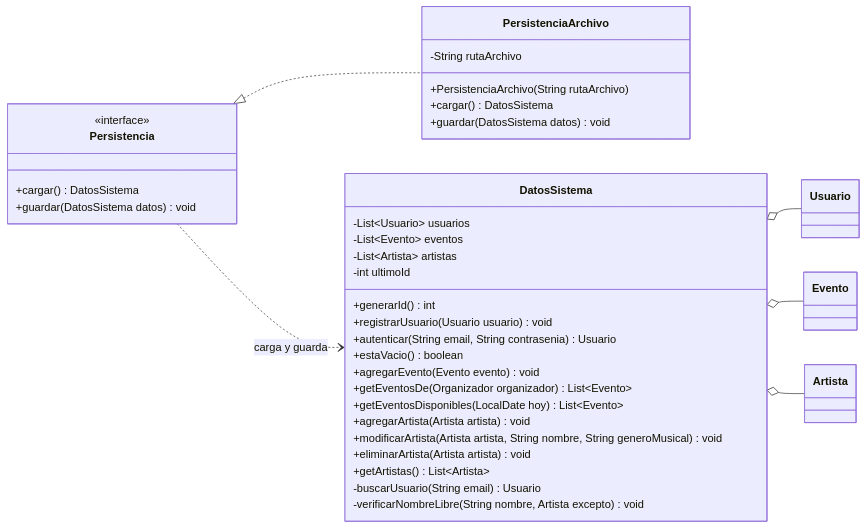
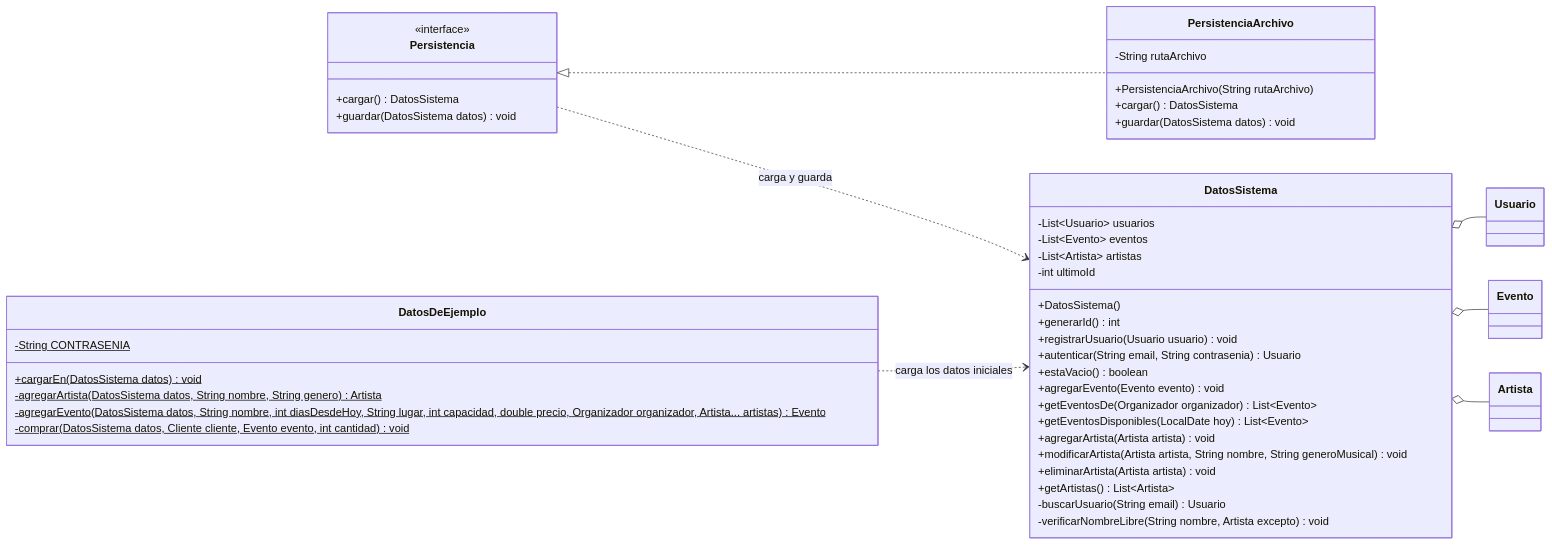
Before and after one commit to AgustinSimonenco/gestion-eventos-musicales: the third of 4 diagrams in docs/diseno/p6-diagrama-de-clases-modelo.md, drawn with Mermaid. The commit also changed other lines of this file and 11 other files, not shown here.

First line of the commit message:
Diagramas: cruce completo con el codigo y correcciones

````diff
--- a/docs/diseno/p6-diagrama-de-clases-modelo.md
+++ b/docs/diseno/p6-diagrama-de-clases-modelo.md
@@ -344,43 +349,53 @@
 ```mermaid
 classDiagram
     direction LR
 
     class Persistencia {
         <<interface>>
         +cargar() DatosSistema
         +guardar(DatosSistema datos) void
     }
 
     class PersistenciaArchivo {
         -String rutaArchivo
         +PersistenciaArchivo(String rutaArchivo)
         +cargar() DatosSistema
         +guardar(DatosSistema datos) void
     }
 
     class DatosSistema {
         -List~Usuario~ usuarios
         -List~Evento~ eventos
         -List~Artista~ artistas
         -int ultimoId
+        +DatosSistema()
         +generarId() int
         +registrarUsuario(Usuario usuario) void
         +autenticar(String email, String contrasenia) Usuario
         +estaVacio() boolean
         +agregarEvento(Evento evento) void
         +getEventosDe(Organizador organizador) List~Evento~
         +getEventosDisponibles(LocalDate hoy) List~Evento~
         +agregarArtista(Artista artista) void
         +modificarArtista(Artista artista, String nombre, String generoMusical) void
         +eliminarArtista(Artista artista) void
         +getArtistas() List~Artista~
         -buscarUsuario(String email) Usuario
         -verificarNombreLibre(String nombre, Artista excepto) void
     }
 
+    class DatosDeEjemplo {
+        -String CONTRASENIA$
+        +cargarEn(DatosSistema datos)$ void
+        -agregarArtista(DatosSistema datos, String nombre, String genero)$ Artista
+        -agregarEvento(DatosSistema datos, String nombre, int diasDesdeHoy, String lugar, int capacidad, double precio, Organizador organizador, Artista... artistas)$ Evento
+        -comprar(DatosSistema datos, Cliente cliente, Evento evento, int cantidad)$ void
+    }
+
     Persistencia <|.. PersistenciaArchivo
+    DatosDeEjemplo ..> DatosSistema : carga los datos iniciales
     Persistencia ..> DatosSistema : carga y guarda
     DatosSistema o-- Usuario
     DatosSistema o-- Evento
     DatosSistema o-- Artista
 ```
````
